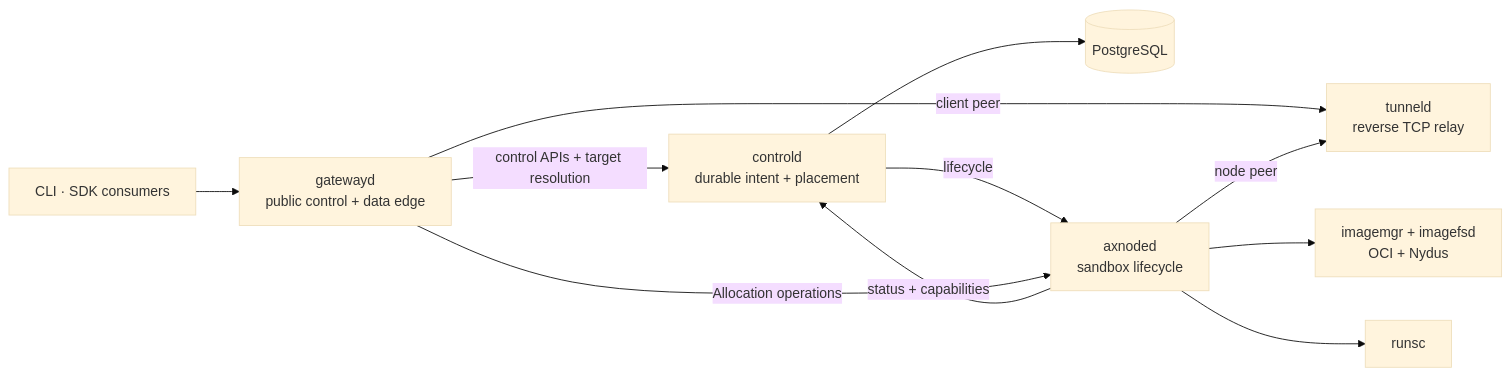
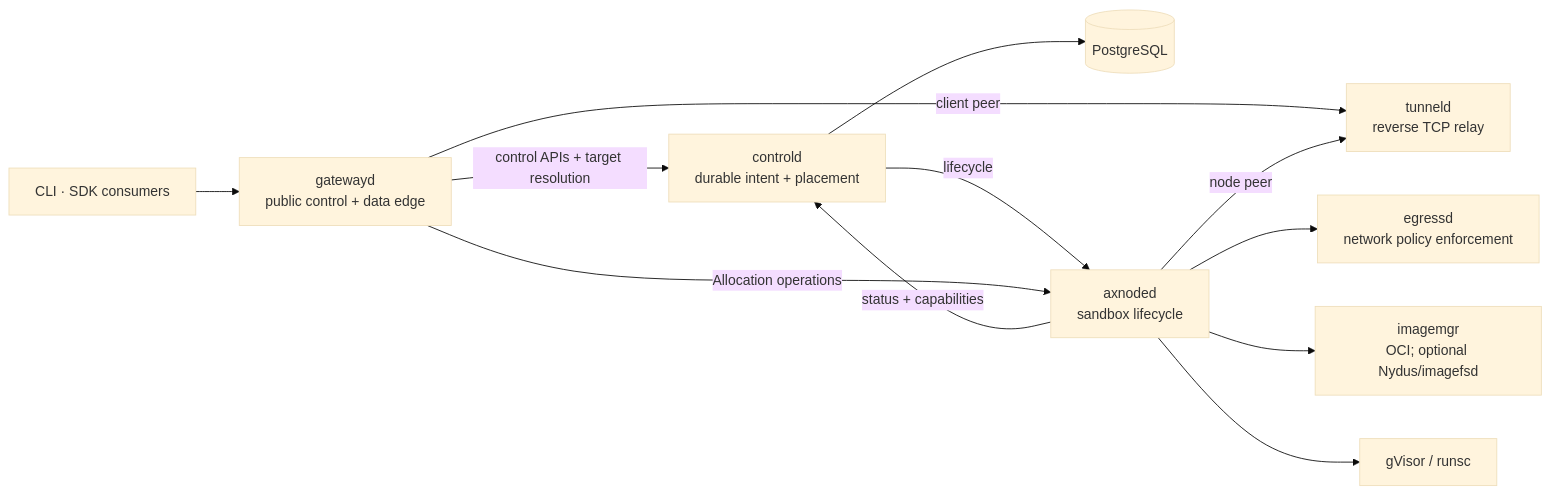
One commit to cofy-x/axern changed the diagram in apps/docs/src/content/docs/architecture/index.md. Above: the diagram before and after it, drawn with Mermaid (base theme). The commit also changed other lines of this file and 28 other files, not shown here.

Commit message:
docs: simplify current architecture and usage guidance (#225)

````diff
--- a/apps/docs/src/content/docs/architecture/index.md
+++ b/apps/docs/src/content/docs/architecture/index.md
@@ -8,13 +8,14 @@
 ```mermaid
 flowchart LR
     Clients["CLI · SDK consumers"] --> Gateway["gatewayd\npublic control + data edge"]
     Gateway -->|control APIs + target resolution| Control["controld\ndurable intent + placement"]
     Control --> Postgres[(PostgreSQL)]
     Control -->|lifecycle| Node["axnoded\nsandbox lifecycle"]
     Node -->|status + capabilities| Control
     Gateway -->|Allocation operations| Node
     Gateway -->|client peer| Tunnel["tunneld\nreverse TCP relay"]
     Node -->|node peer| Tunnel
-    Node --> Image["imagemgr + imagefsd\nOCI + Nydus"]
-    Node --> Runtime["runsc"]
+    Node --> Egress["egressd\nnetwork policy enforcement"]
+    Node --> Image["imagemgr\nOCI; optional Nydus/imagefsd"]
+    Node --> Runtime["gVisor / runsc"]
 ```
````
